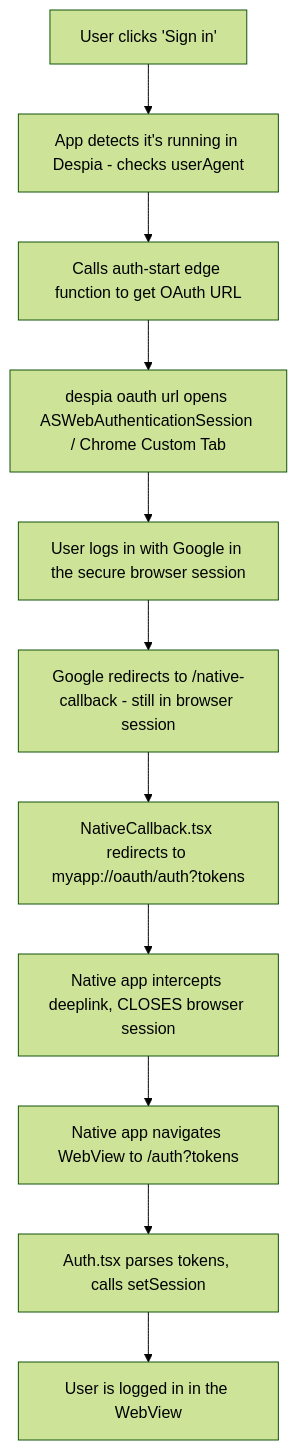
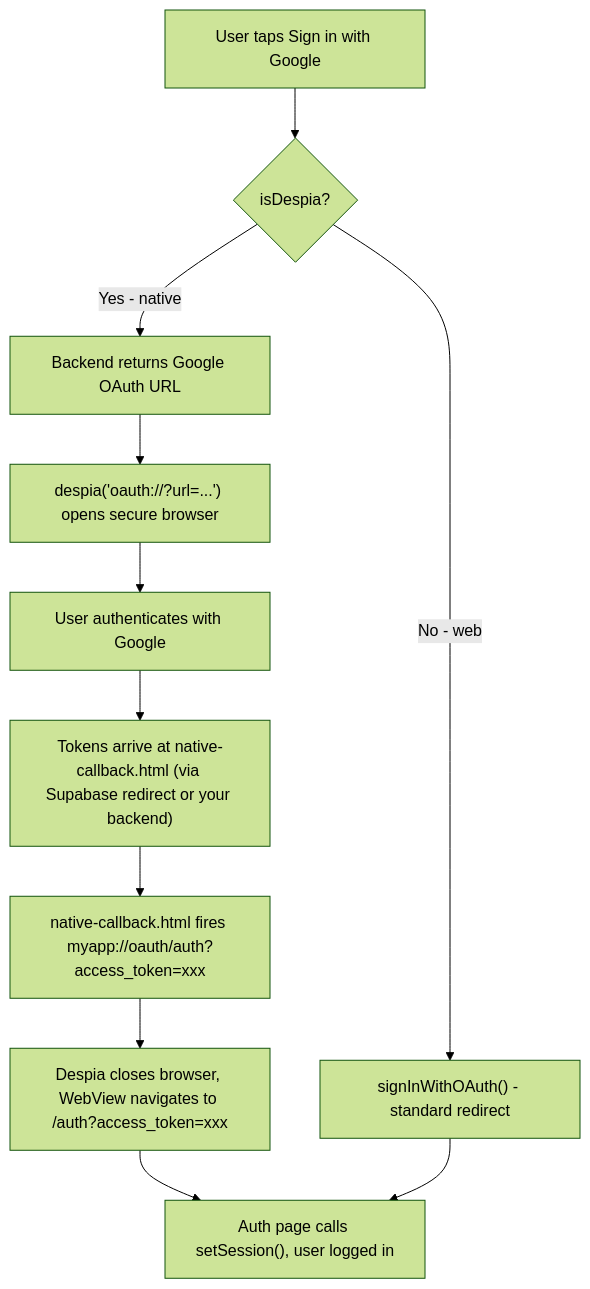
One commit to despia-native/docs changed the diagram in native-features/oauth/google.mdx. Above: the diagram before and after it, drawn with Mermaid (forest theme). The commit also changed other lines of this file and 10 other files, not shown here.

First line of the commit message:
Update AppsFlyer and OAuth docs, add Apple Sign In to changelog

````diff
--- a/native-features/oauth/google.mdx
+++ b/native-features/oauth/google.mdx
@@ -916,13 +92,13 @@
 ```mermaid
 flowchart TD
-    A[User clicks 'Sign in'] --> B[App detects it's running in Despia - checks userAgent]
-    B --> C[Calls auth-start edge function to get OAuth URL]
-    C --> D[despia oauth url opens ASWebAuthenticationSession / Chrome Custom Tab]
-    D --> E[User logs in with Google in the secure browser session]
-    E --> F[Google redirects to /native-callback - still in browser session]
-    F --> G[NativeCallback.tsx redirects to myapp://oauth/auth?tokens]
-    G --> H[Native app intercepts deeplink, CLOSES browser session]
-    H --> I[Native app navigates WebView to /auth?tokens]
-    I --> J[Auth.tsx parses tokens, calls setSession]
-    J --> K[User is logged in in the WebView]
+    A["User taps Sign in with Google"] --> B{"isDespia?"}
+    B -->|"Yes - native"| C["Backend returns Google OAuth URL"]
+    B -->|"No - web"| W["signInWithOAuth() - standard redirect"]
+    C --> D["despia('oauth://?url=...') opens secure browser"]
+    D --> E["User authenticates with Google"]
+    E --> F["Tokens arrive at native-callback.html (via Supabase redirect or your backend)"]
+    F --> G["native-callback.html fires myapp://oauth/auth?access_token=xxx"]
+    G --> H["Despia closes browser, WebView navigates to /auth?access_token=xxx"]
+    H --> I["Auth page calls setSession(), user logged in"]
+    W --> I
 ```
````
